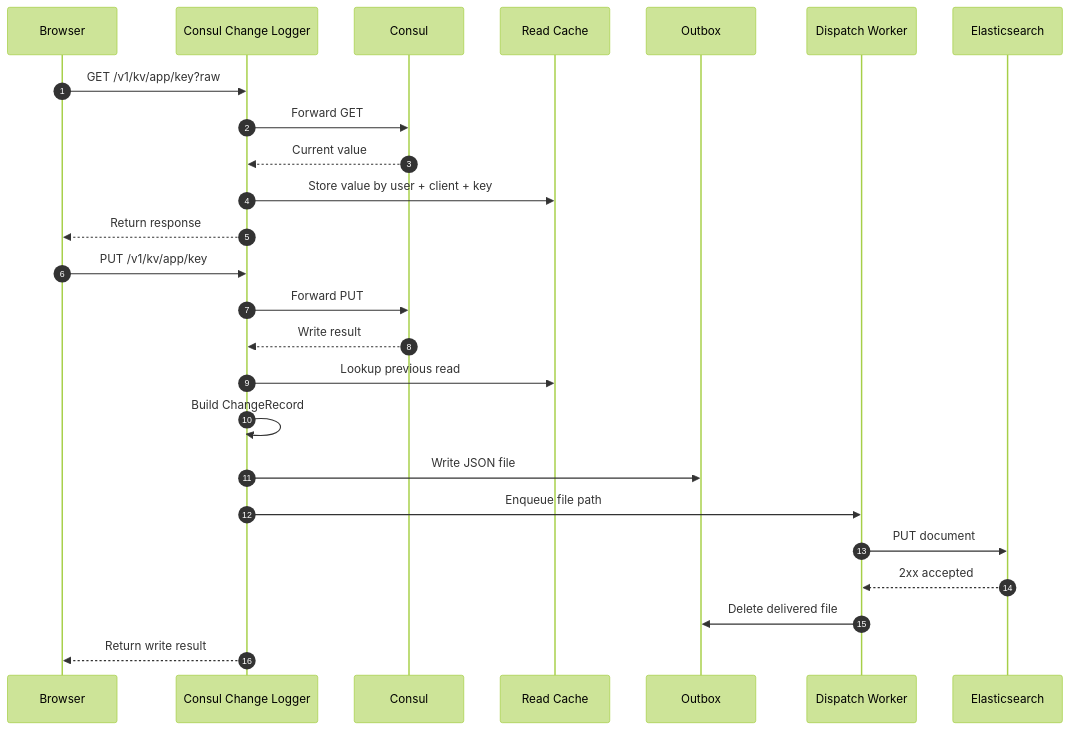
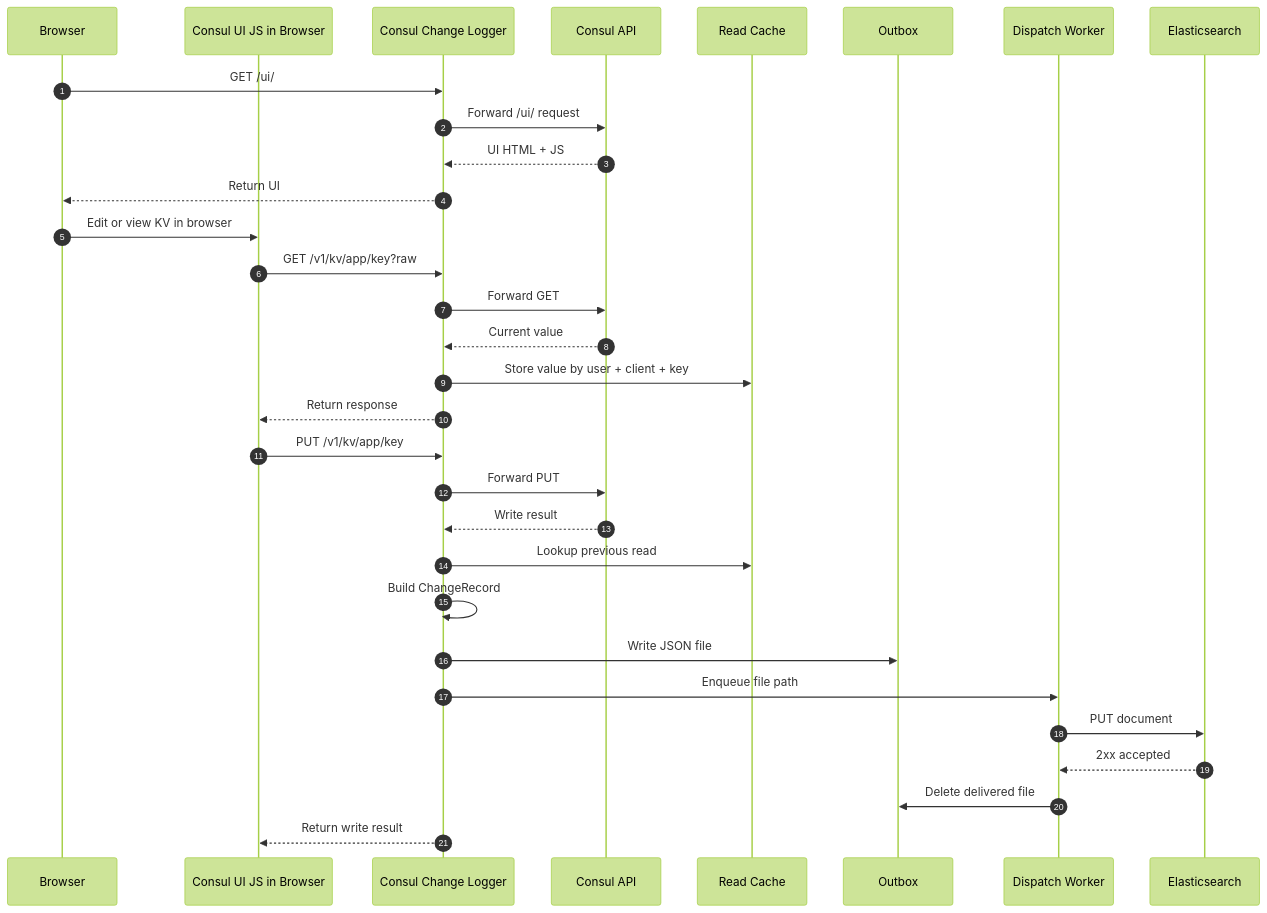
One commit to sinanakyazici/ConsulChangeLogger changed the second of 3 diagrams in docs/architecture.md. Above: the diagram before and after it, drawn with Mermaid (forest theme). The commit also changed other lines of this file and 3 other files, not shown here.

````diff
--- a/docs/architecture.md
+++ b/docs/architecture.md
@@ -80,29 +102,36 @@
 ```mermaid
 sequenceDiagram
     autonumber
     participant User as Browser
+    participant UI as Consul UI JS in Browser
     participant Proxy as Consul Change Logger
-    participant Consul as Consul
+    participant Consul as Consul API
     participant Cache as Read Cache
     participant Outbox as Outbox
     participant Worker as Dispatch Worker
     participant ES as Elasticsearch
 
-    User->>Proxy: GET /v1/kv/app/key?raw
+    User->>Proxy: GET /ui/
+    Proxy->>Consul: Forward /ui/ request
+    Consul-->>Proxy: UI HTML + JS
+    Proxy-->>User: Return UI
+
+    User->>UI: Edit or view KV in browser
+    UI->>Proxy: GET /v1/kv/app/key?raw
     Proxy->>Consul: Forward GET
     Consul-->>Proxy: Current value
     Proxy->>Cache: Store value by user + client + key
-    Proxy-->>User: Return response
+    Proxy-->>UI: Return response
 
-    User->>Proxy: PUT /v1/kv/app/key
+    UI->>Proxy: PUT /v1/kv/app/key
     Proxy->>Consul: Forward PUT
     Consul-->>Proxy: Write result
     Proxy->>Cache: Lookup previous read
     Proxy->>Proxy: Build ChangeRecord
     Proxy->>Outbox: Write JSON file
     Proxy->>Worker: Enqueue file path
     Worker->>ES: PUT document
     ES-->>Worker: 2xx accepted
     Worker->>Outbox: Delete delivered file
-    Proxy-->>User: Return write result
+    Proxy-->>UI: Return write result
 ```
````
